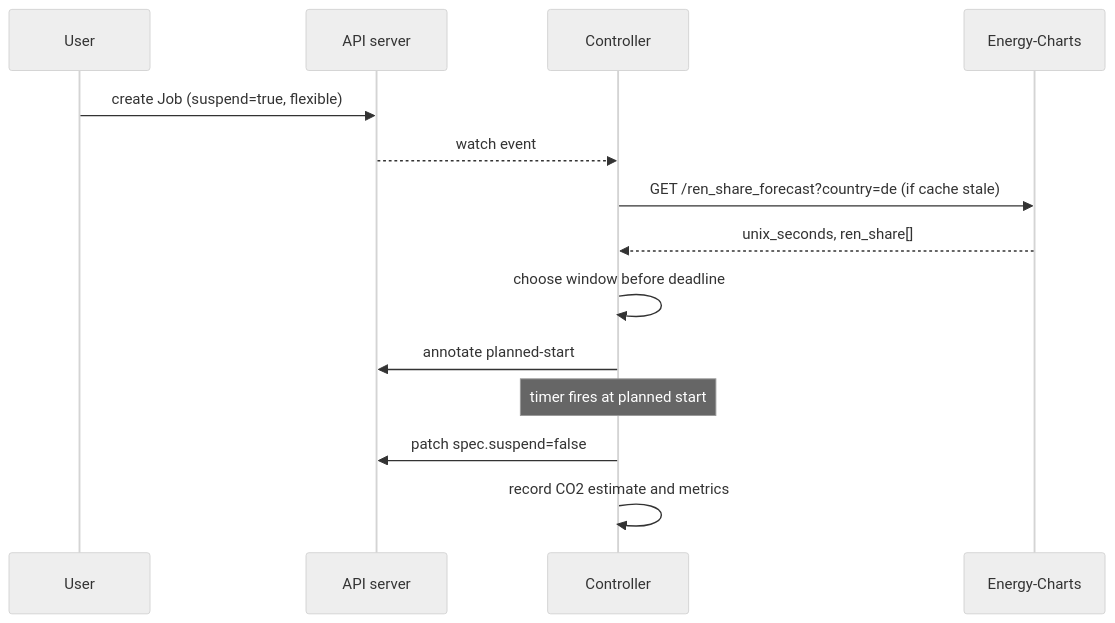
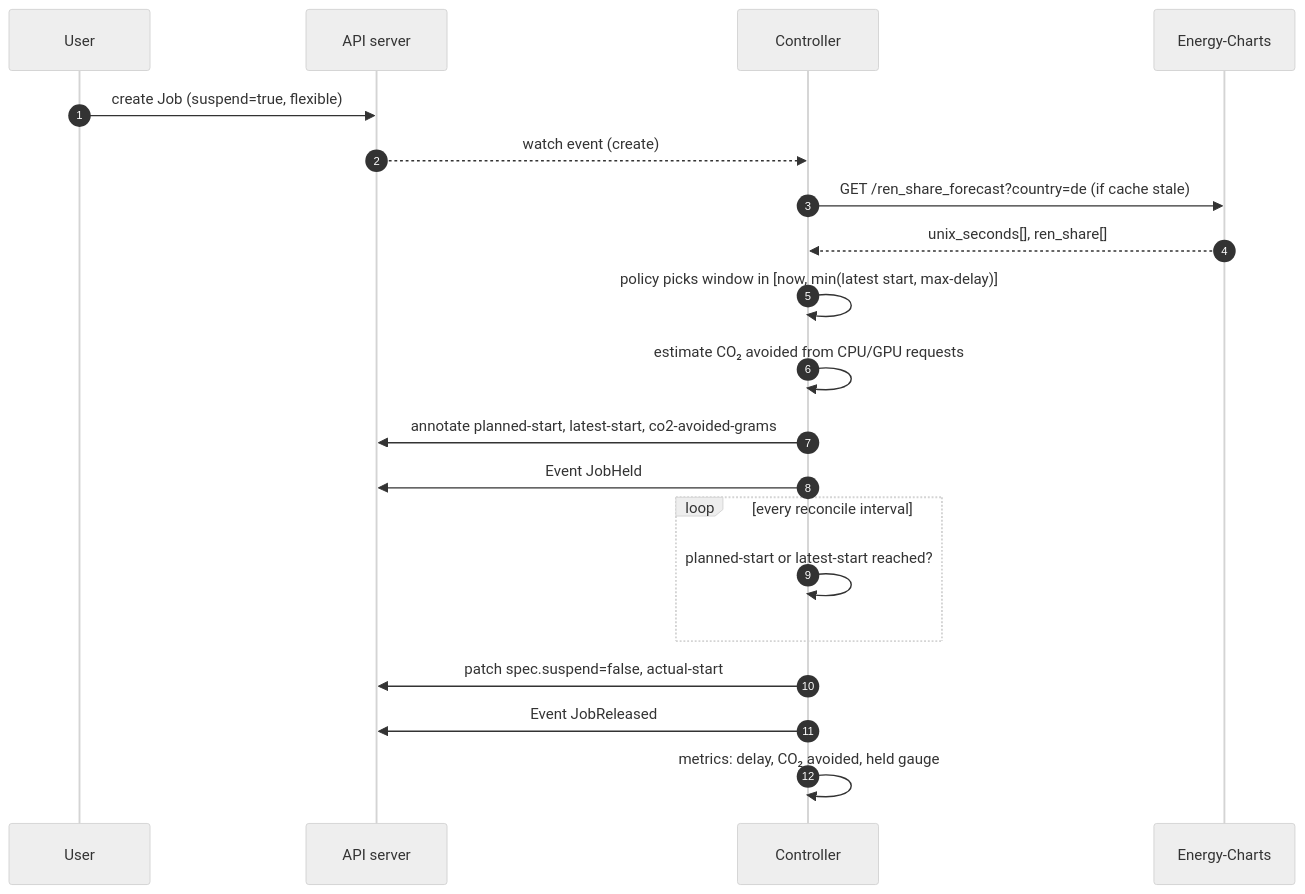
Before and after one commit to mahmudul-islam32/carbon-aware-k8s-scheduler: the third of 3 diagrams in docs/ARCHITECTURE.md, drawn with Mermaid (neutral theme). The commit also changed other lines of this file and 8 other files, not shown here.

First line of the commit message:
docs: feature catalogue, roadmap and infographics

````diff
--- a/docs/ARCHITECTURE.md
+++ b/docs/ARCHITECTURE.md
@@ -55,16 +68,22 @@
 ```mermaid
 sequenceDiagram
+    autonumber
     participant U as User
     participant K as API server
     participant C as Controller
     participant E as Energy-Charts
     U->>K: create Job (suspend=true, flexible)
-    K-->>C: watch event
+    K-->>C: watch event (create)
     C->>E: GET /ren_share_forecast?country=de (if cache stale)
-    E-->>C: unix_seconds, ren_share[]
-    C->>C: choose window before deadline
-    C->>K: annotate planned-start
-    Note over C: timer fires at planned start
-    C->>K: patch spec.suspend=false
-    C->>C: record CO2 estimate and metrics
+    E-->>C: unix_seconds[], ren_share[]
+    C->>C: policy picks window in [now, min(latest start, max-delay)]
+    C->>C: estimate CO₂ avoided from CPU/GPU requests
+    C->>K: annotate planned-start, latest-start, co2-avoided-grams
+    C->>K: Event JobHeld
+    loop every reconcile interval
+        C->>C: planned-start or latest-start reached?
+    end
+    C->>K: patch spec.suspend=false, actual-start
+    C->>K: Event JobReleased
+    C->>C: metrics: delay, CO₂ avoided, held gauge
 ```
````
